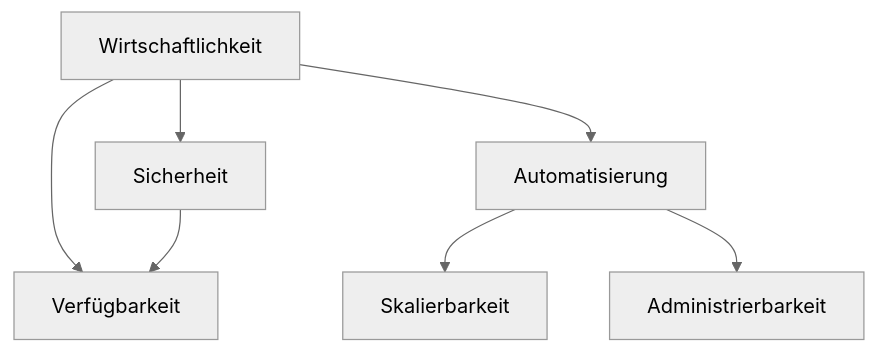
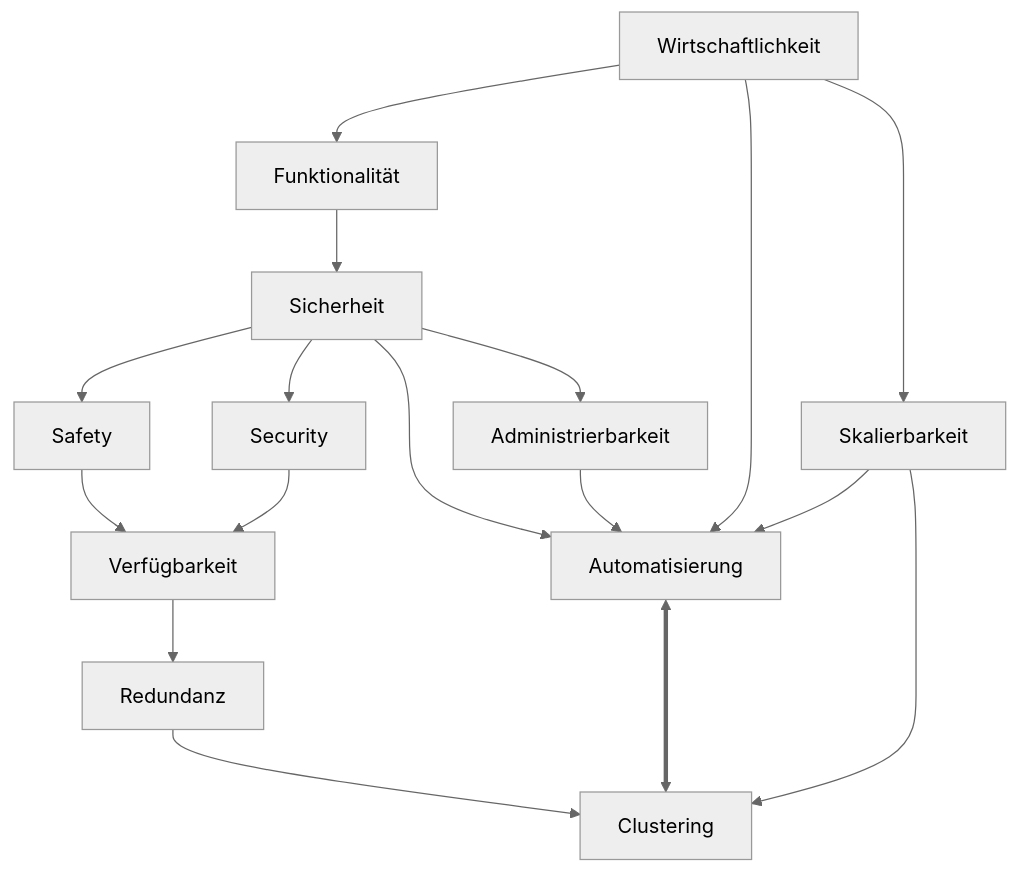
The diagram in src/wirtschaftlichkeit.md (johannesloetzsch/LF10b), drawn with Mermaid (neutral theme) before and after one commit. The commit also changed other lines of this file and 10 other files, not shown here.

````diff
--- a/src/wirtschaftlichkeit.md
+++ b/src/wirtschaftlichkeit.md
@@ -3,9 +18,18 @@
 ```mermaid
 flowchart TB
-  Wirtschaftlichkeit --> Verfügbarkeit
-  Wirtschaftlichkeit --> Sicherheit
-  Sicherheit --> Verfügbarkeit
+  Wirtschaftlichkeit --> Funktionalität --> Sicherheit
   Wirtschaftlichkeit --> Automatisierung
-  Automatisierung --> Skalierbarkeit
-  Automatisierung --> Administrierbarkeit
+  Wirtschaftlichkeit --> Skalierbarkeit
+  Verfügbarkeit --> Redundanz
+  Redundanz --> Clustering
+  Administrierbarkeit --> Automatisierung
+  Sicherheit --> Safety
+  Sicherheit --> Security
+  Sicherheit --> Automatisierung
+  Sicherheit --> Administrierbarkeit
+  Safety --> Verfügbarkeit
+  Security --> Verfügbarkeit
+  Skalierbarkeit --> Automatisierung
+  Skalierbarkeit --> Clustering
+  Automatisierung <==> Clustering
 ```
````
